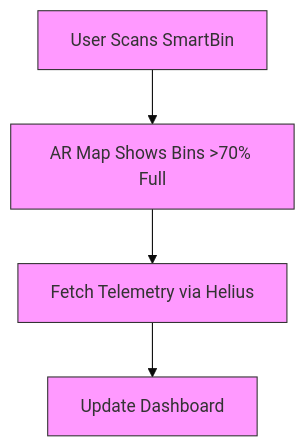
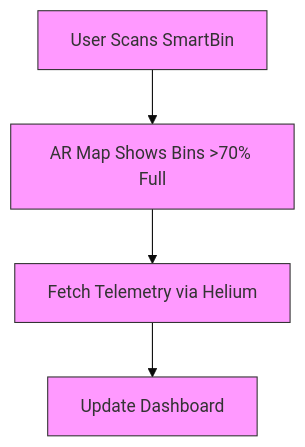
The first of 9 diagrams in apps/mobile/README.md (PolymersNetwork/polymers-protocol), drawn with Mermaid (base theme) before and after one commit. The commit also changed other lines of this file, not shown here.

````diff
--- a/apps/mobile/README.md
+++ b/apps/mobile/README.md
@@ -60,10 +61,10 @@
 ```mermaid
 graph TD
     A[User Scans SmartBin] --> B[AR Map Shows Bins >70% Full]
-    B --> C[Fetch Telemetry via Helius]
+    B --> C[Fetch Telemetry via Helium]
     C --> D[Update Dashboard]
     style A fill:#f9f,stroke:#333
     style B fill:#f9f,stroke:#333
     style C fill:#f9f,stroke:#333
     style D fill:#f9f,stroke:#333
 ```
````
